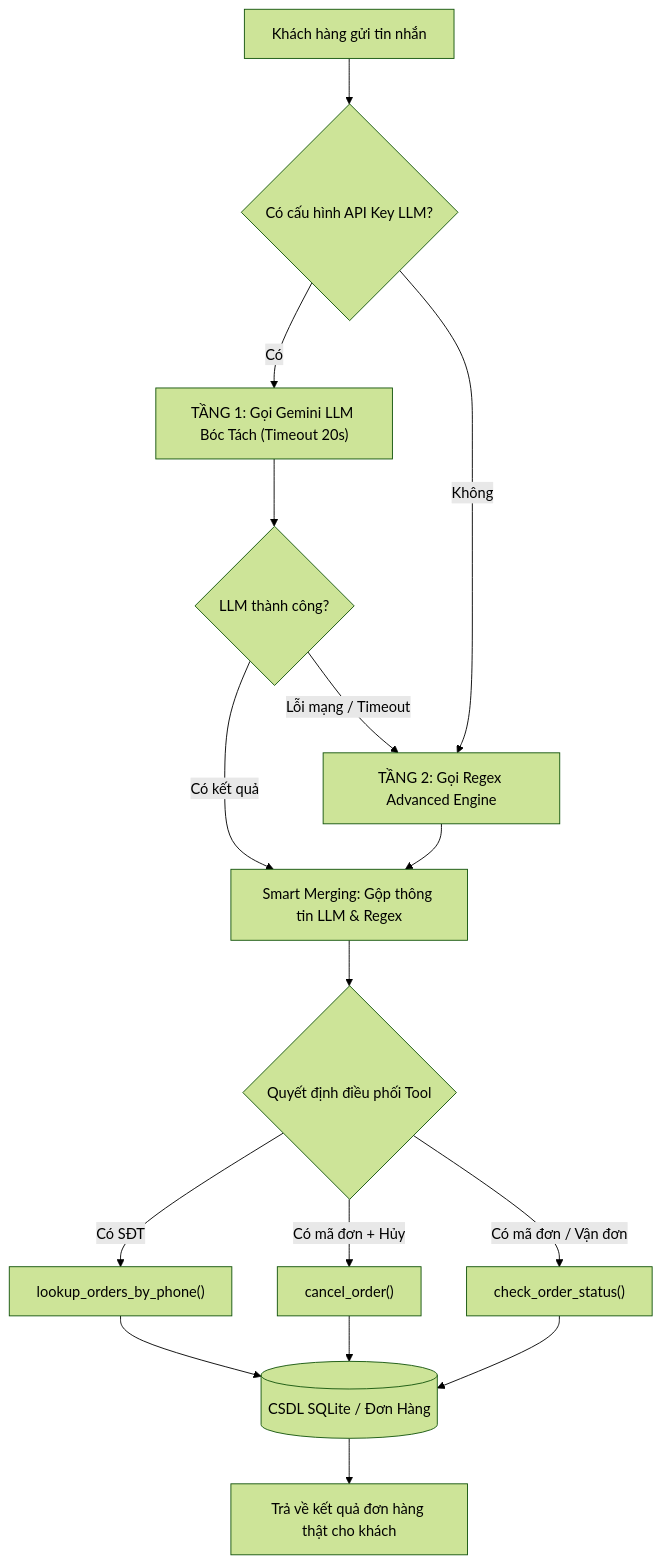
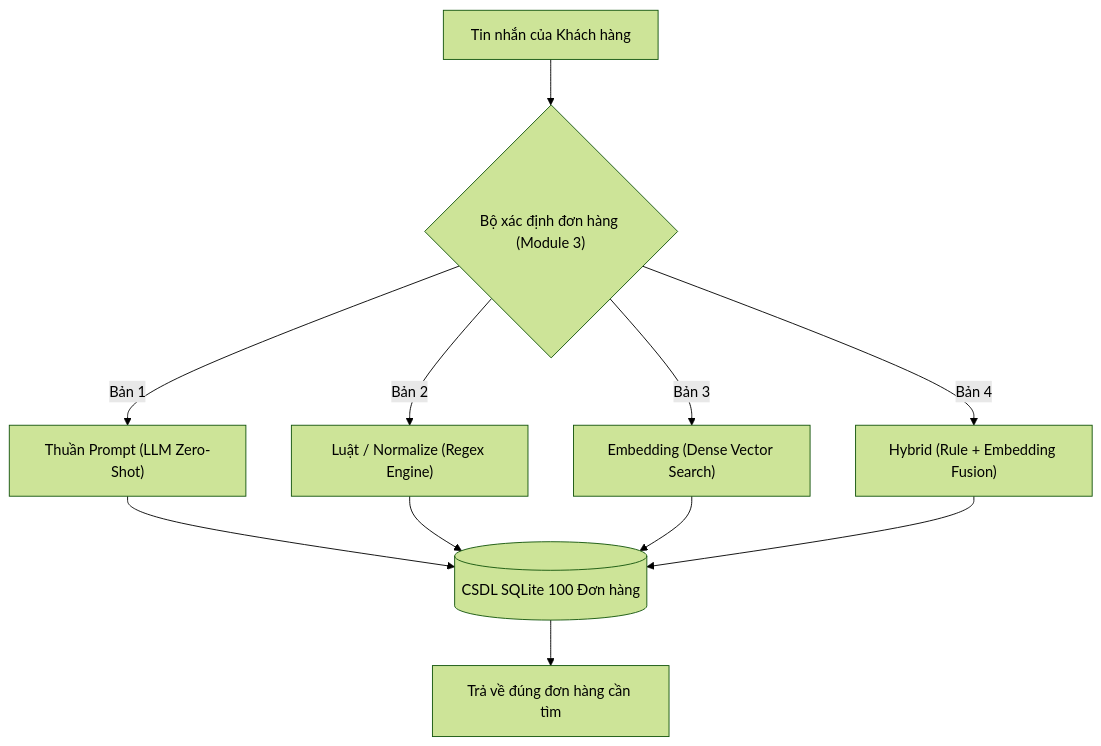
One commit to DunnTapCodee/E-commerce-Support-Copilot changed the diagram in reports/bao_cao_so_sanh_regex_va_llm.md. Above: the diagram before and after it, drawn with Mermaid (forest theme). The commit also changed other lines of this file and 5 other files, not shown here.

Commit message:
feat(module3): implement 4 order identification methods (Prompt, Rule, Embedding, Hybrid) with benchmark suite and report

````diff
--- a/reports/bao_cao_so_sanh_regex_va_llm.md
+++ b/reports/bao_cao_so_sanh_regex_va_llm.md
@@ -160,21 +19,13 @@
 ```mermaid
 flowchart TD
-    Start["Khách hàng gửi tin nhắn"] --> CheckKey{"Có cấu hình API Key LLM?"}
-    CheckKey -->|Có| CallLLM["TẦNG 1: Gọi Gemini LLM Bóc Tách (Timeout 20s)"]
-    CheckKey -->|Không| CallRegex["TẦNG 2: Gọi Regex Advanced Engine"]
-    
-    CallLLM --> CheckLLM{"LLM thành công?"}
-    CheckLLM -->|Có kết quả| Merge["Smart Merging: Gộp thông tin LLM & Regex"]
-    CheckLLM -->|Lỗi mạng / Timeout| CallRegex
-    CallRegex --> Merge
-    
-    Merge --> Dispatch{"Quyết định điều phối Tool"}
-    Dispatch -->|Có SĐT| ToolPhone["lookup_orders_by_phone()"]
-    Dispatch -->|Có mã đơn + Hủy| ToolCancel["cancel_order()"]
-    Dispatch -->|Có mã đơn / Vận đơn| ToolStatus["check_order_status()"]
-    
-    ToolPhone --> DB[(CSDL SQLite / Đơn Hàng)]
-    ToolCancel --> DB
-    ToolStatus --> DB
-    DB --> Output["Trả về kết quả đơn hàng thật cho khách"]
+    User["Tin nhắn của Khách hàng"] --> Dispatcher{"Bộ xác định đơn hàng (Module 3)"}
+    Dispatcher -->|Bản 1| M1["Thuần Prompt (LLM Zero-Shot)"]
+    Dispatcher -->|Bản 2| M2["Luật / Normalize (Regex Engine)"]
+    Dispatcher -->|Bản 3| M3["Embedding (Dense Vector Search)"]
+    Dispatcher -->|Bản 4| M4["Hybrid (Rule + Embedding Fusion)"]
+    M1 --> DB[(CSDL SQLite 100 Đơn hàng)]
+    M2 --> DB
+    M3 --> DB
+    M4 --> DB
+    DB --> Output["Trả về đúng đơn hàng cần tìm"]
 ```
````
